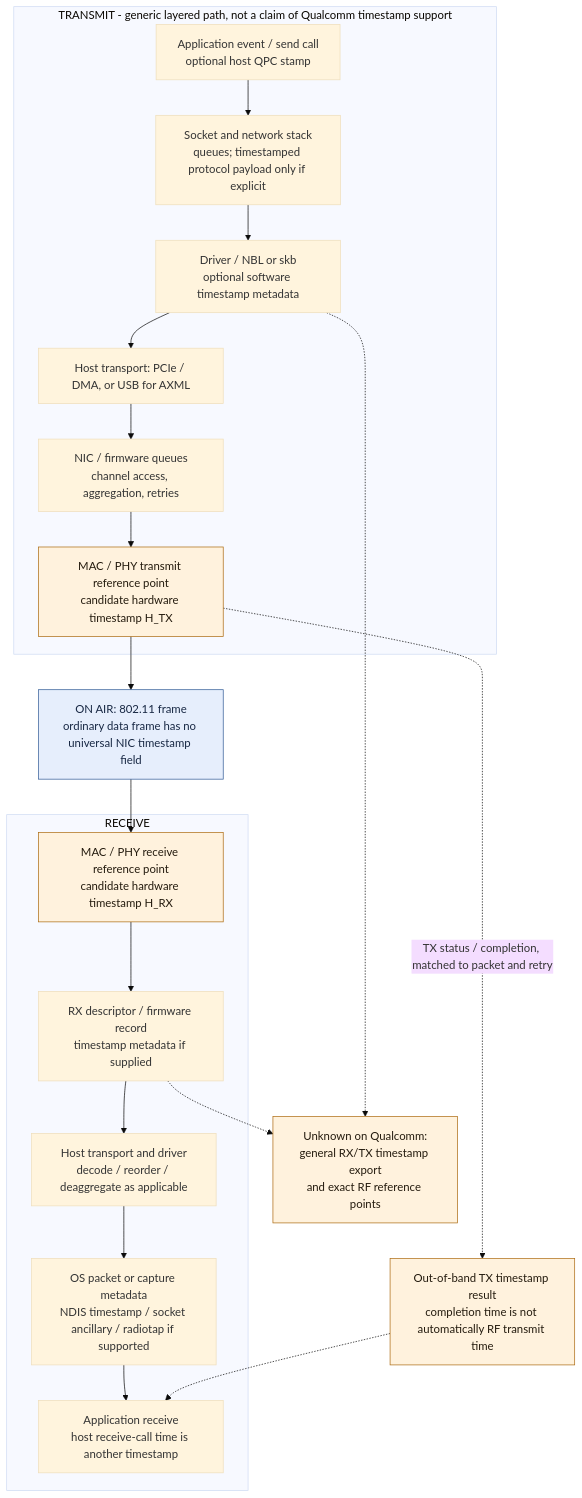
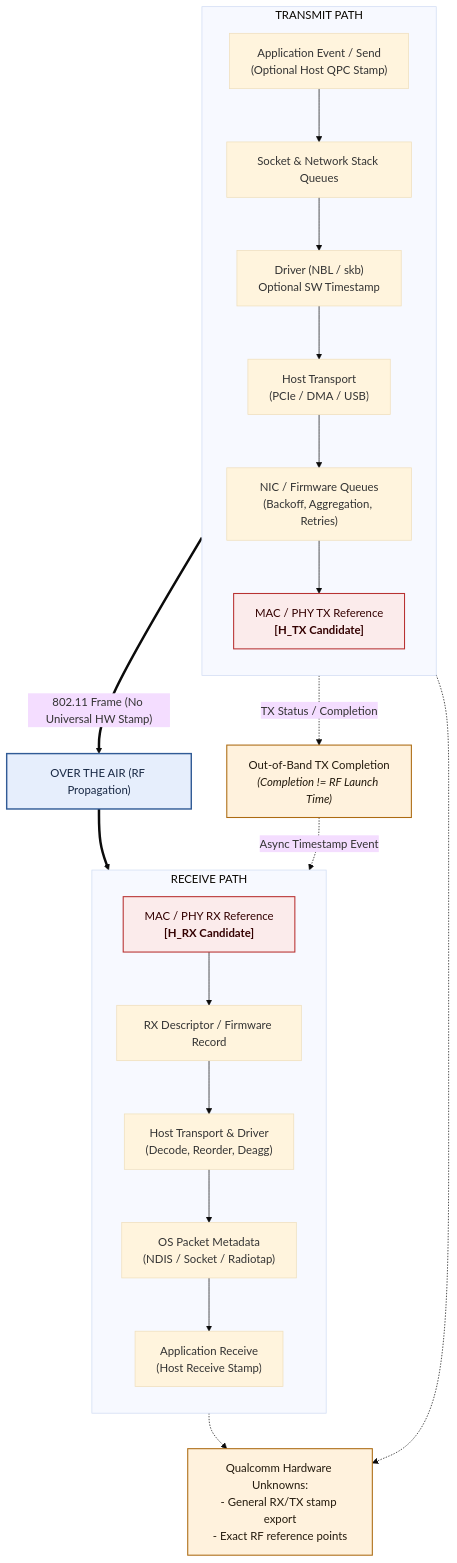
Before and after one commit to Protonmatter/wifi-hardware-time: the diagram in docs/diagrams/packets-timestamp-path.mmd, drawn with Mermaid (base theme).

Commit message:
Refactor transmit and receive path diagrams

```diff
--- a/docs/diagrams/packets-timestamp-path.mmd
+++ b/docs/diagrams/packets-timestamp-path.mmd
@@ -1,24 +1,48 @@
 flowchart TB
-  subgraph TX["TRANSMIT - generic layered path, not a claim of Qualcomm timestamp support"]
-    A["Application event / send call<br/>optional host QPC stamp"] --> B["Socket and network stack<br/>queues; timestamped protocol payload only if explicit"]
-    B --> C["Driver / NBL or skb<br/>optional software timestamp metadata"]
-    C --> D["Host transport: PCIe / DMA, or USB for AXML"]
-    D --> E["NIC / firmware queues<br/>channel access, aggregation, retries"]
-    E --> F["MAC / PHY transmit reference point<br/>candidate hardware timestamp H_TX"]
+  %% --- TRANSMIT PATH ---
+  subgraph TX["TRANSMIT PATH"]
+    direction TB
+    A["Application Event / Send<br/>(Optional Host QPC Stamp)"]
+    B["Socket & Network Stack Queues"]
+    C["Driver (NBL / skb)<br/>Optional SW Timestamp"]
+    D["Host Transport<br/>(PCIe / DMA / USB)"]
+    E["NIC / Firmware Queues<br/>(Backoff, Aggregation, Retries)"]
+    F["MAC / PHY TX Reference<br/><b>[H_TX Candidate]</b>"]
+
+    A --> B --> C --> D --> E --> F
   end
-  F --> W["ON AIR: 802.11 frame<br/>ordinary data frame has no universal NIC timestamp field"]
-  W --> G["MAC / PHY receive reference point<br/>candidate hardware timestamp H_RX"]
-  subgraph RX["RECEIVE"]
-    G --> H["RX descriptor / firmware record<br/>timestamp metadata if supplied"]
-    H --> I["Host transport and driver<br/>decode / reorder / deaggregate as applicable"]
-    I --> J["OS packet or capture metadata<br/>NDIS timestamp / socket ancillary / radiotap if supported"]
-    J --> K["Application receive<br/>host receive-call time is another timestamp"]
+
+  %% --- ON AIR ---
+  F ==>|"802.11 Frame (No Universal HW Stamp)"| W["OVER THE AIR (RF Propagation)"]
+  W ==> G
+
+  %% --- RECEIVE PATH ---
+  subgraph RX["RECEIVE PATH"]
+    direction TB
+    G["MAC / PHY RX Reference<br/><b>[H_RX Candidate]</b>"]
+    H["RX Descriptor / Firmware Record"]
+    I["Host Transport & Driver<br/>(Decode, Reorder, Deagg)"]
+    J["OS Packet Metadata<br/>(NDIS / Socket / Radiotap)"]
+    K["Application Receive<br/>(Host Receive Stamp)"]
+
+    G --> H --> I --> J --> K
   end
-  F -. "TX status / completion, matched to packet and retry" .-> L["Out-of-band TX timestamp result<br/>completion time is not automatically RF transmit time"]
-  L -.-> K
-  C -.-> M["Unknown on Qualcomm:<br/>general RX/TX timestamp export<br/>and exact RF reference points"]
+
+  %% --- ASYNC & METADATA FLOWS ---
+  L["Out-of-Band TX Completion<br/><i>(Completion != RF Launch Time)</i>"]
+  M["Qualcomm Hardware Unknowns:<br/>- General RX/TX stamp export<br/>- Exact RF reference points"]
+
+  F -.->|"TX Status / Completion"| L
+  L -.->|"Async Timestamp Event"| K
+
+  C -.-> M
   H -.-> M
-  classDef gap fill:#fff2dd,stroke:#ac6b12,color:#241b0e;
-  classDef air fill:#e6eefc,stroke:#315b96,color:#182844;
-  class M,F,G,L gap;
+
+  %% --- STYLING ---
+  classDef gap fill:#fff2dd,stroke:#ac6b12,stroke-width:1.5px,color:#241b0e;
+  classDef air fill:#e6eefc,stroke:#315b96,stroke-width:2px,color:#182844;
+  classDef hw fill:#fbebeb,stroke:#b83232,stroke-width:1.5px,color:#300;
+
+  class M,L gap;
   class W air;
+  class F,G hw;
```
